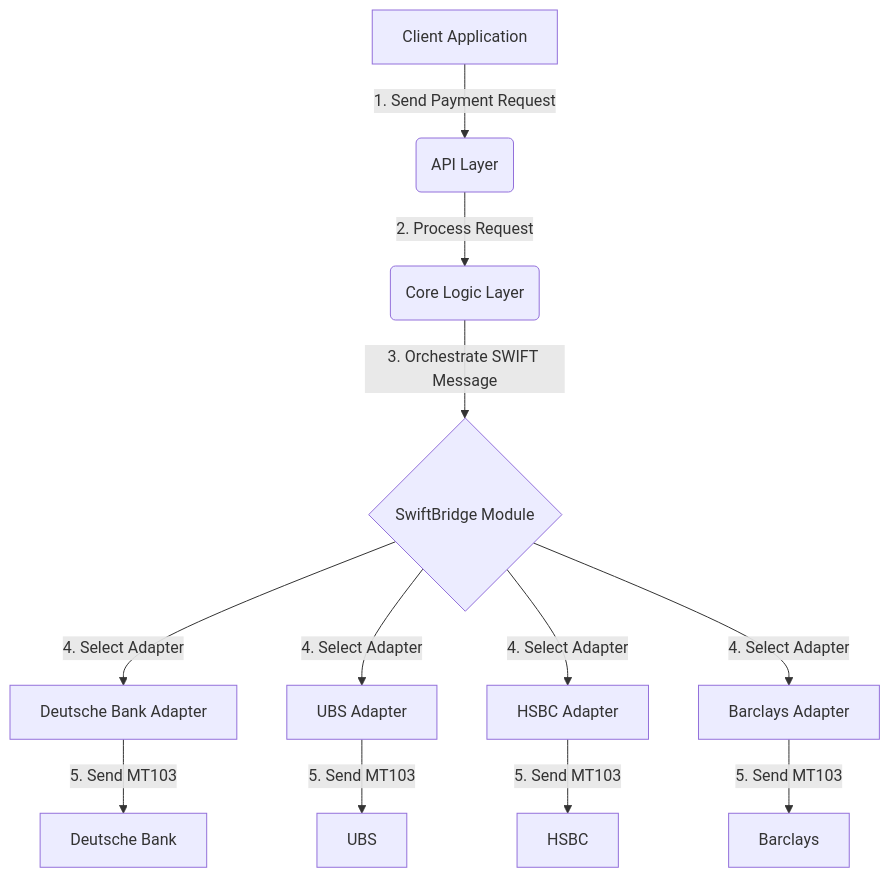
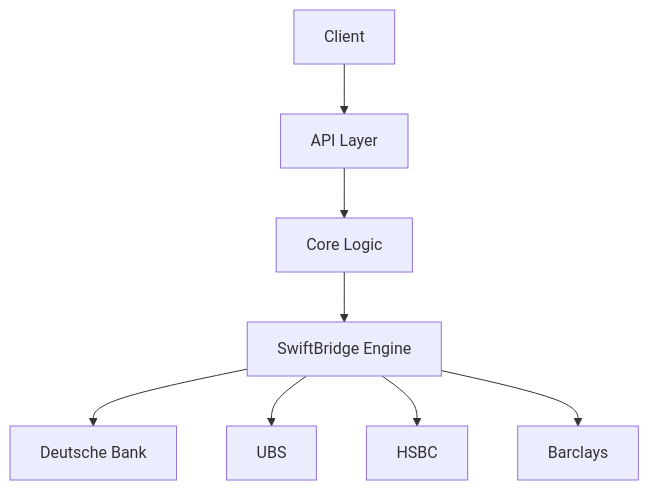
Before and after one commit to kongali1720/swiftbridge-financial-system: the diagram in README.md, drawn with Mermaid. The commit also changed other lines of this file, not shown here.

````diff
--- a/README.md
+++ b/README.md
@@ -72,14 +77,11 @@
 ```mermaid
 graph TD
-    A[Client Application] -->|1. Send Payment Request| B(API Layer);
-    B -->|2. Process Request| C(Core Logic Layer);
-    C -->|3. Orchestrate SWIFT Message| D{SwiftBridge Module};
-    D -->|4. Select Adapter| E[Deutsche Bank Adapter];
-    D -->|4. Select Adapter| F[UBS Adapter];
-    D -->|4. Select Adapter| G[HSBC Adapter];
-    D -->|4. Select Adapter| H[Barclays Adapter];
-    E -->|5. Send MT103| I[Deutsche Bank];
-    F -->|5. Send MT103| J[UBS];
-    G -->|5. Send MT103| K[HSBC];
-    H -->|5. Send MT103| L[Barclays];
+A[Client] --> B[API Layer]
+B --> C[Core Logic]
+C --> D[SwiftBridge Engine]
+
+D --> E[Deutsche Bank]
+D --> F[UBS]
+D --> G[HSBC]
+D --> H[Barclays]
 ```
````
